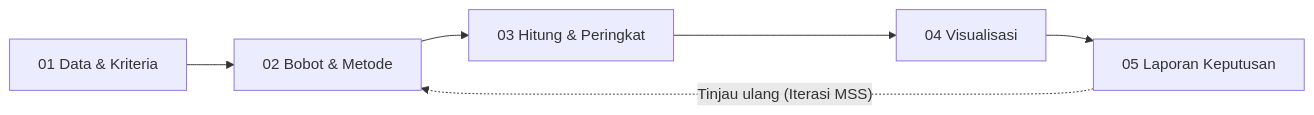
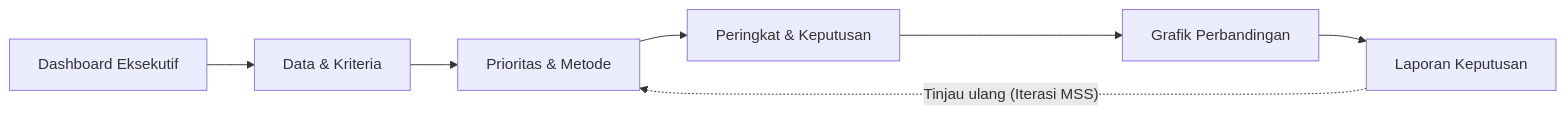
The second of 2 diagrams in README.md (FitzzXYZ/Tugas-Kuliah-SPK), drawn with Mermaid before and after one commit. The commit also changed other lines of this file and 17 other files, not shown here.

````diff
--- a/README.md
+++ b/README.md
@@ -64,8 +64,9 @@
 ```mermaid
 flowchart LR
-    T1["01 Data & Kriteria"] --> T2["02 Bobot & Metode"]
-    T2 --> T3["03 Hitung & Peringkat"]
-    T3 --> T4["04 Visualisasi"]
-    T4 --> T5["05 Laporan Keputusan"]
+    T0["Dashboard Eksekutif"] --> T1["Data & Kriteria"]
+    T1 --> T2["Prioritas & Metode"]
+    T2 --> T3["Peringkat & Keputusan"]
+    T3 --> T4["Grafik Perbandingan"]
+    T4 --> T5["Laporan Keputusan"]
     T5 -.->|"Tinjau ulang (Iterasi MSS)"| T2
 ```
````
